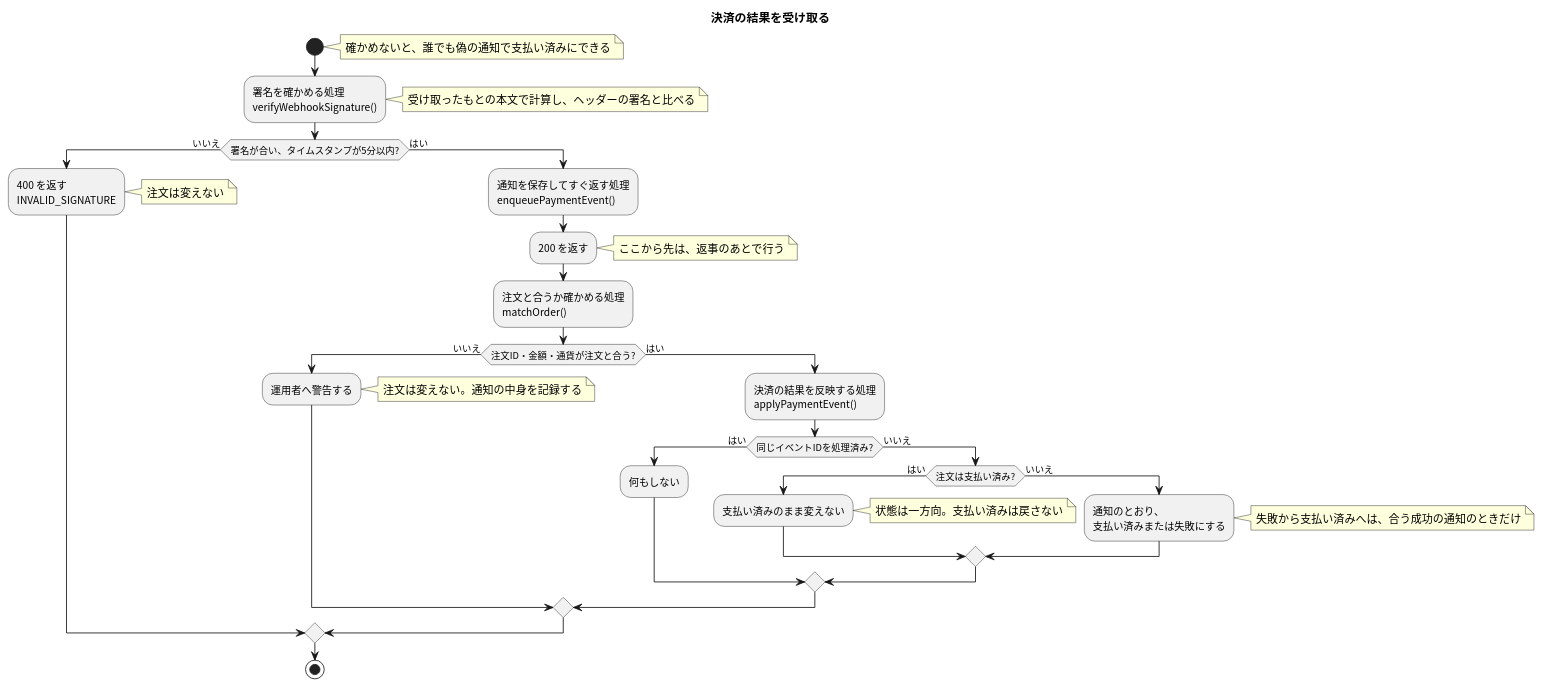
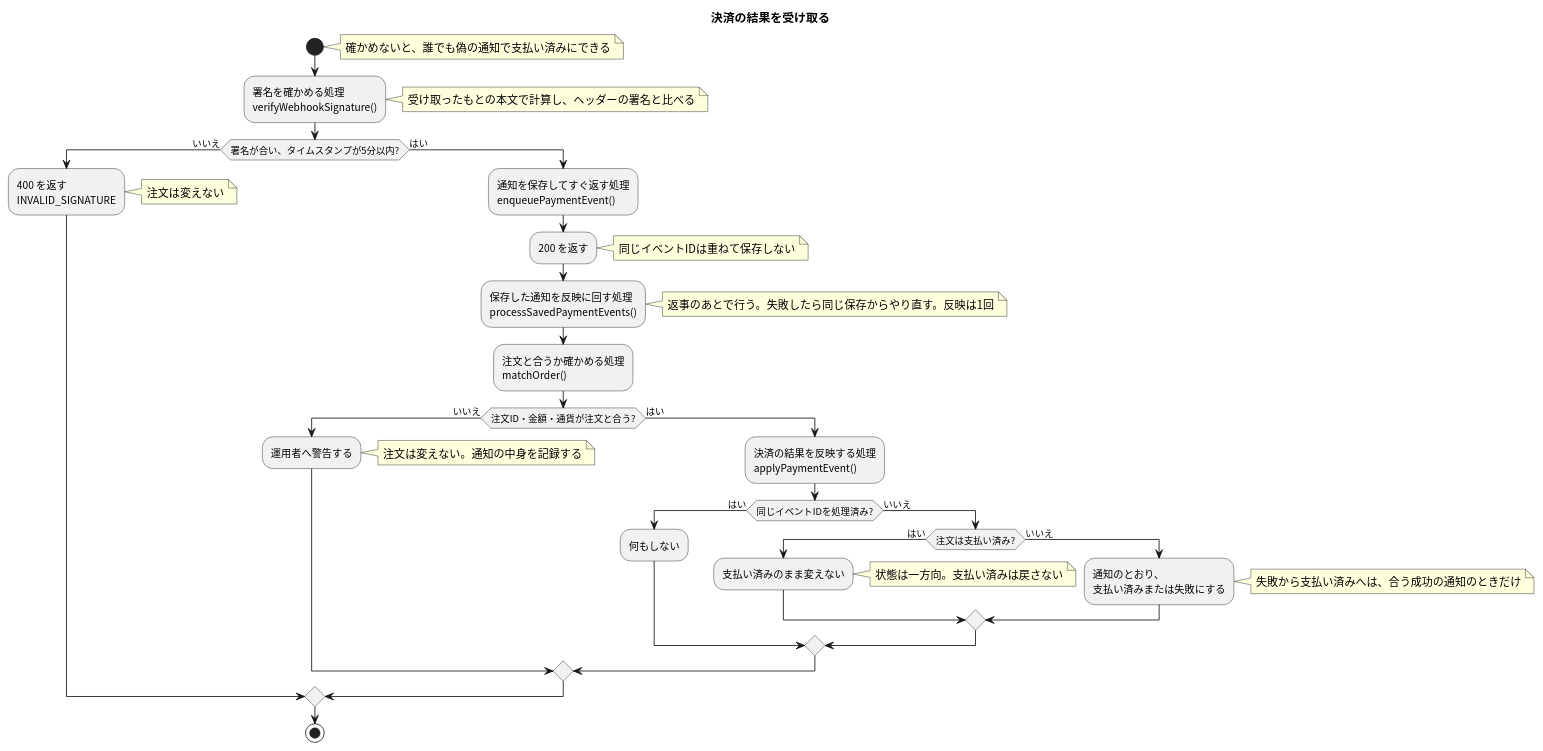
Before and after one commit to masamasamasato/design-doc-template: the diagram in apis/payment-webhook/flow.puml, drawn with PlantUML. The commit also changed 17 other files, not shown here.

```diff
--- a/apis/payment-webhook/flow.puml
+++ b/apis/payment-webhook/flow.puml
@@ -3,39 +3,41 @@
 @startuml
 skinparam shadowing false
 skinparam defaultFontName "Noto Sans CJK JP"
 skinparam ActivityFontName "Noto Sans CJK JP"
 
 title 決済の結果を受け取る
 
 start
 note right: 確かめないと、誰でも偽の通知で支払い済みにできる
 :署名を確かめる処理\nverifyWebhookSignature();
 note right: 受け取ったもとの本文で計算し、ヘッダーの署名と比べる
 if (署名が合い、タイムスタンプが5分以内?) then (いいえ)
   :400 を返す\nINVALID_SIGNATURE;
   note right: 注文は変えない
 else (はい)
   :通知を保存してすぐ返す処理\nenqueuePaymentEvent();
   :200 を返す;
-  note right: ここから先は、返事のあとで行う
+  note right: 同じイベントIDは重ねて保存しない
+  :保存した通知を反映に回す処理\nprocessSavedPaymentEvents();
+  note right: 返事のあとで行う。失敗したら同じ保存からやり直す。反映は1回
   :注文と合うか確かめる処理\nmatchOrder();
   if (注文ID・金額・通貨が注文と合う?) then (いいえ)
     :運用者へ警告する;
     note right: 注文は変えない。通知の中身を記録する
   else (はい)
     :決済の結果を反映する処理\napplyPaymentEvent();
     if (同じイベントIDを処理済み?) then (はい)
       :何もしない;
     else (いいえ)
       if (注文は支払い済み?) then (はい)
         :支払い済みのまま変えない;
         note right: 状態は一方向。支払い済みは戻さない
       else (いいえ)
         :通知のとおり、\n支払い済みまたは失敗にする;
         note right: 失敗から支払い済みへは、合う成功の通知のときだけ
       endif
     endif
   endif
 endif
 stop
 @enduml
```
